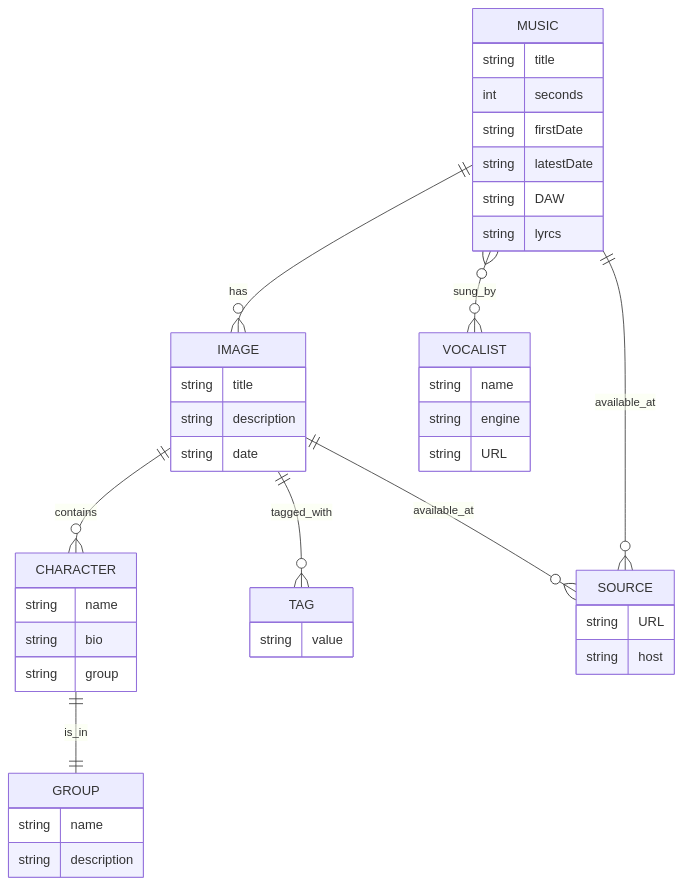
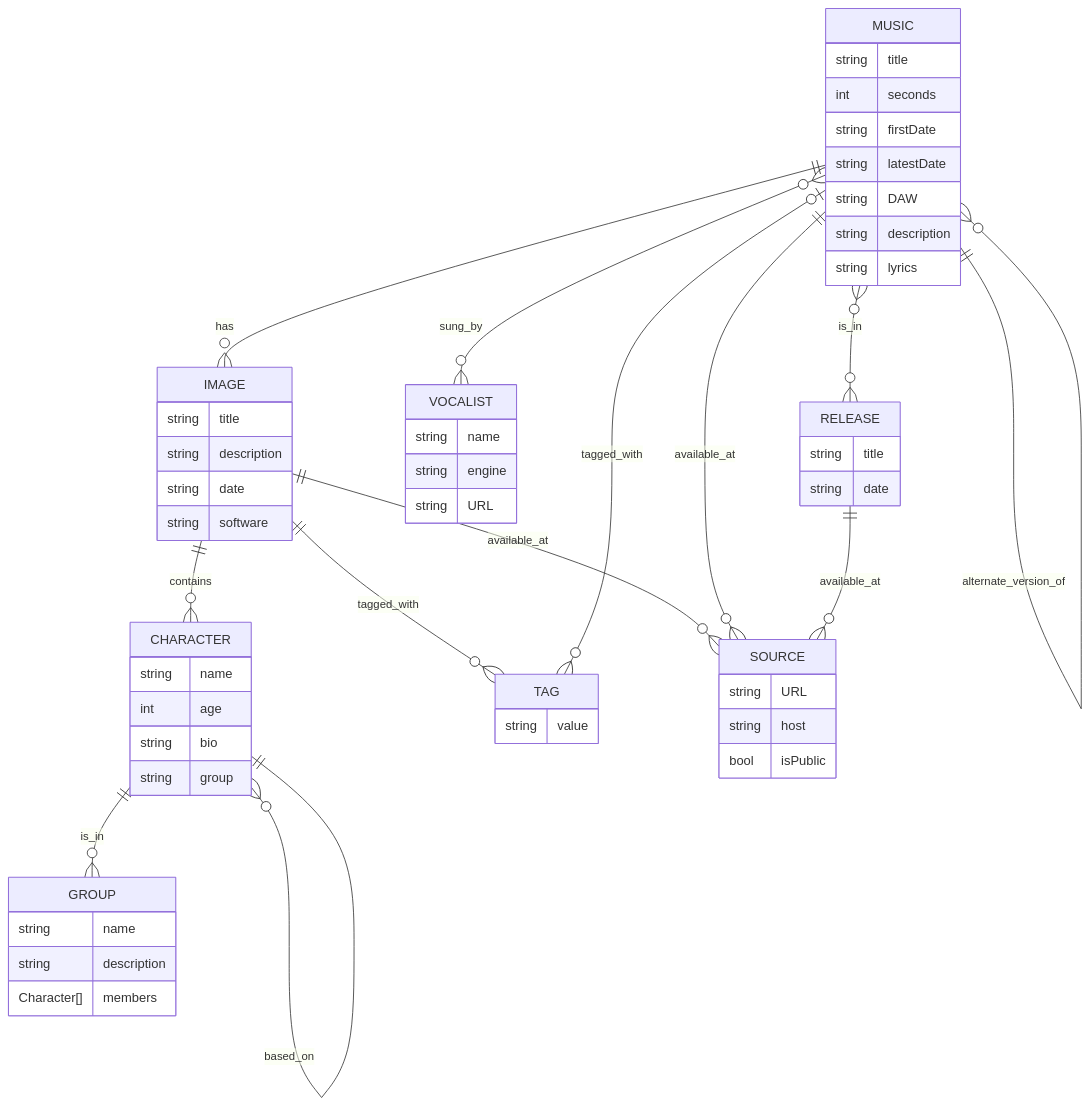
The diagram in er-diagram.md (nora-hansen/nure-db), drawn with Mermaid before and after one commit. The commit also changed 1 other file, not shown here.

Commit message:
Diagram update

`````diff
--- a/er-diagram.md
+++ b/er-diagram.md
@@ -1,47 +1,62 @@
 ````mermaid
 ---
 ER diagram test
 ---
 erDiagram
     IMAGE ||--o{ CHARACTER : contains
     IMAGE ||--o{ TAG : tagged_with
     IMAGE ||--o{ SOURCE : available_at
     IMAGE {
         string title
         string description
         string date
+        string software
     }
-    CHARACTER ||--|| GROUP : is_in
+    CHARACTER ||--o{ GROUP : is_in
+    CHARACTER }o--|| CHARACTER : based_on
     CHARACTER {
         string name
+        int age
         string bio
         string group
-    }
-    TAG {
-        string value
     }
     GROUP {
         string name
         string description
+        Character[] members
     }
     MUSIC ||--o{ IMAGE : has
+    MUSIC |o--o{ TAG : tagged_with
     MUSIC ||--o{ SOURCE : available_at
     MUSIC }o--o{ VOCALIST : sung_by
+    MUSIC ||--o{ MUSIC : alternate_version_of
     MUSIC {
         string title
         int seconds
         string firstDate
         string latestDate
         string DAW
-        string lyrcs
+        string description
+        string lyrics
     }
-    SOURCE {
-        string URL
-        string host
+    MUSIC }o--o{ RELEASE : is_in
+    RELEASE ||--o{ SOURCE : available_at
+    RELEASE {
+        string title
+        string date
     }
     VOCALIST {
         string name
         string engine
         string URL
     }
+    TAG {
+        string value
+    }
+    SOURCE {
+        string URL
+        string host
+        bool isPublic
+    }
+
 ````
`````
